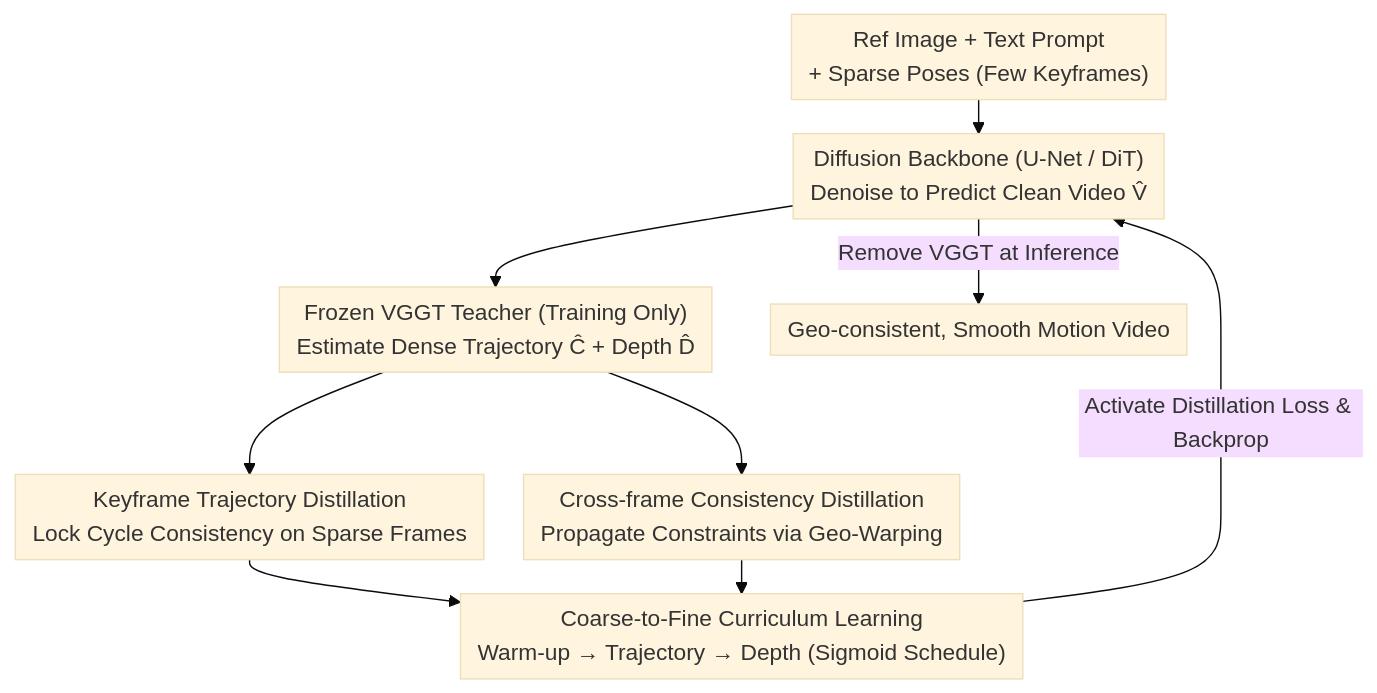
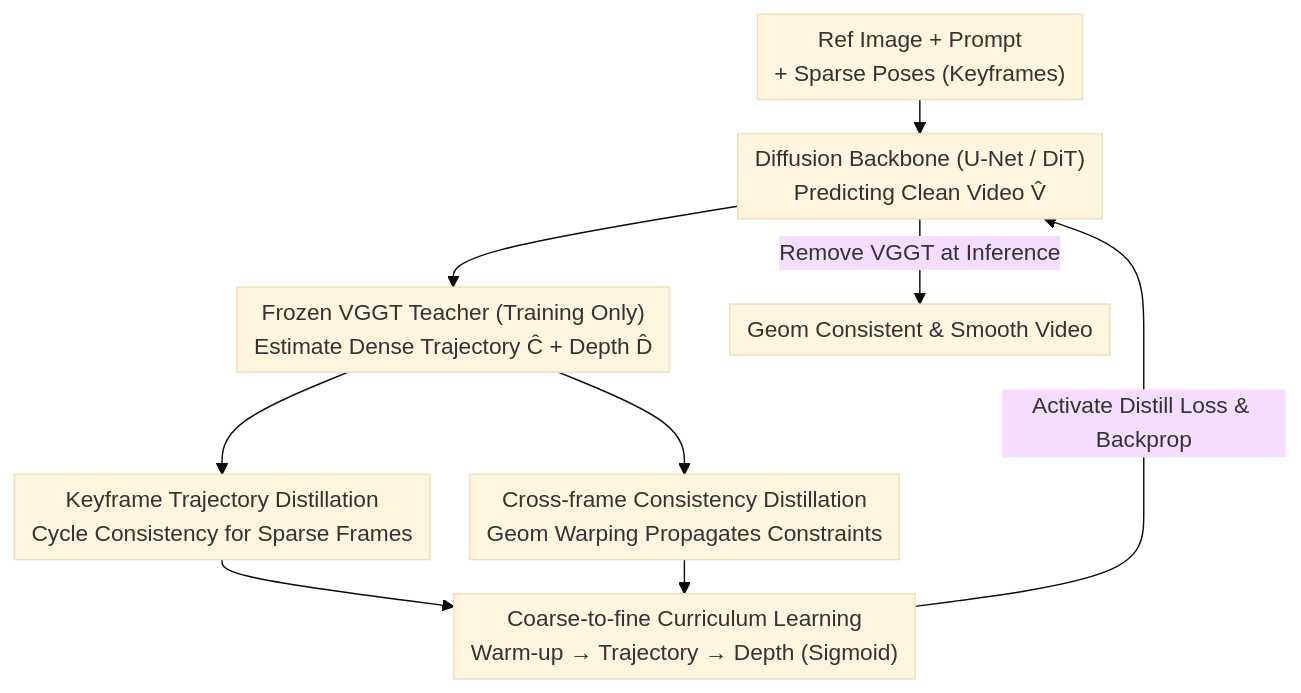
One commit to zhaoyang97/Paper-Notes-en changed the diagram in docs/ICML2026/video_generation/camgeo_sparse_camera-conditioned_image-to-video_generation_with_3d_geometry_prio.md. Above: the diagram before and after it, drawn with Mermaid (base theme). The commit also changed other lines of this file and 5084 other files, not shown here.

````diff
--- a/docs/ICML2026/video_generation/camgeo_sparse_camera-conditioned_image-to-video_generation_with_3d_geometry_prio.md
+++ b/docs/ICML2026/video_generation/camgeo_sparse_camera-conditioned_image-to-video_generation_with_3d_geometry_prio.md
@@ -42,12 +42,12 @@
 ```mermaid
 %%{init: {'flowchart': {'rankSpacing': 24, 'nodeSpacing': 28, 'padding': 6, 'wrappingWidth': 400}}}%%
 flowchart TD
-    A["Ref Image + Text Prompt<br/>+ Sparse Poses (Few Keyframes)"] --> B["Diffusion Backbone (U-Net / DiT)<br/>Denoise to Predict Clean Video V̂"]
+    A["Ref Image + Prompt<br/>+ Sparse Poses (Keyframes)"] --> B["Diffusion Backbone (U-Net / DiT)<br/>Predicting Clean Video V̂"]
     B --> C["Frozen VGGT Teacher (Training Only)<br/>Estimate Dense Trajectory Ĉ + Depth D̂"]
-    C --> D["Keyframe Trajectory Distillation<br/>Lock Cycle Consistency on Sparse Frames"]
-    C --> E["Cross-frame Consistency Distillation<br/>Propagate Constraints via Geo-Warping"]
-    D --> F["Coarse-to-Fine Curriculum Learning<br/>Warm-up → Trajectory → Depth (Sigmoid Schedule)"]
+    C --> D["Keyframe Trajectory Distillation<br/>Cycle Consistency for Sparse Frames"]
+    C --> E["Cross-frame Consistency Distillation<br/>Geom Warping Propagates Constraints"]
+    D --> F["Coarse-to-fine Curriculum Learning<br/>Warm-up → Trajectory → Depth (Sigmoid)"]
     E --> F
-    F -->|Activate Distillation Loss & Backprop| B
-    B -->|Remove VGGT at Inference| G["Geo-consistent, Smooth Motion Video"]
+    F -->|Activate Distill Loss & Backprop| B
+    B -->|Remove VGGT at Inference| G["Geom Consistent & Smooth Video"]
 ```
````
